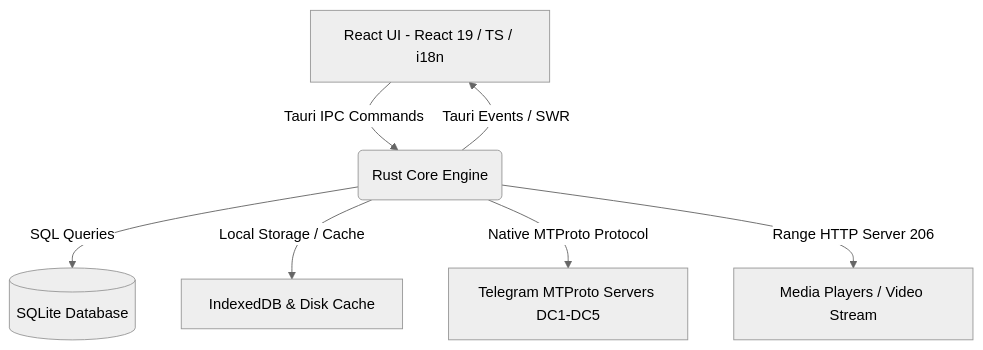
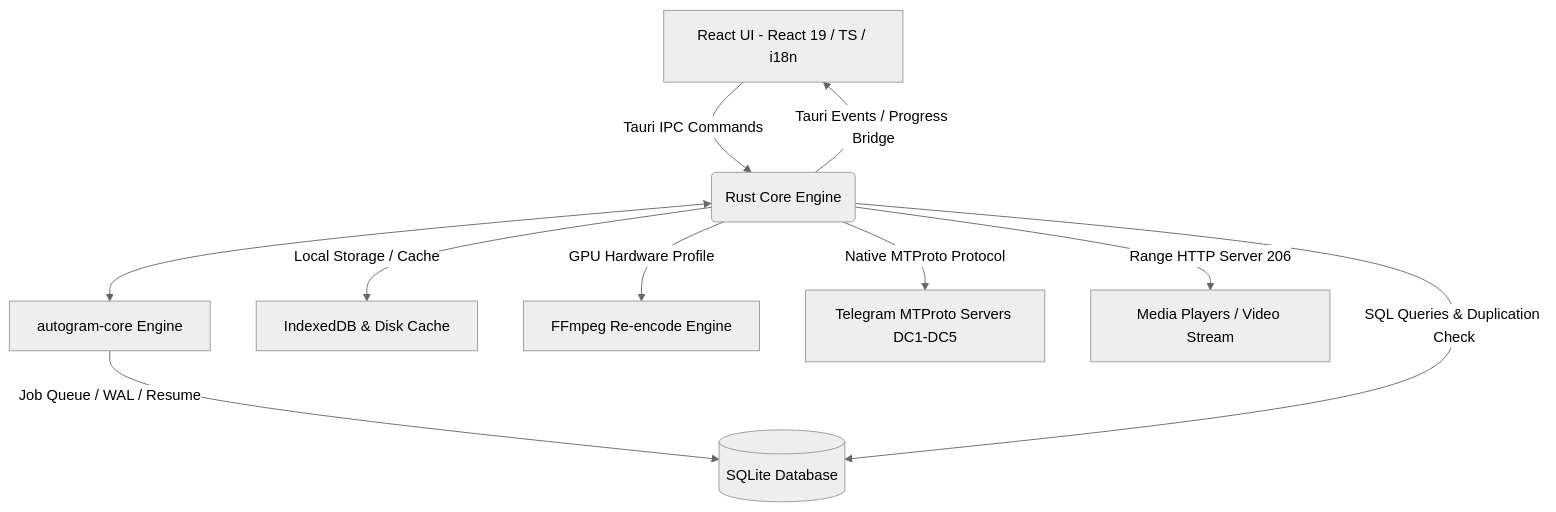
One commit to Zy0x/AutoGram changed the diagram in AutoGram App/docs/architecture/System_Component_Map.md. Above: the diagram before and after it, drawn with Mermaid (neutral theme). The commit also changed other lines of this file and 4 other files, not shown here.

Commit message:
docs(architecture): update master architecture to v2.8.7 (autogram-core, 3x3 album grid engine, GPU allocation engine, canonical media identity)

````diff
--- a/AutoGram App/docs/architecture/System_Component_Map.md
+++ b/AutoGram App/docs/architecture/System_Component_Map.md
@@ -5,9 +5,12 @@
 ```mermaid
 graph TD
     A[React UI - React 19 / TS / i18n] -->|Tauri IPC Commands| B(Rust Core Engine)
-    B -->|Tauri Events / SWR| A
-    B -->|SQL Queries| C[(SQLite Database)]
-    B -->|Local Storage / Cache| D[IndexedDB & Disk Cache]
-    B -->|Native MTProto Protocol| E[Telegram MTProto Servers DC1-DC5]
-    B -->|Range HTTP Server 206| F[Media Players / Video Stream]
+    B -->|Tauri Events / Progress Bridge| A
+    B <--> C[autogram-core Engine]
+    C -->|Job Queue / WAL / Resume| D[(SQLite Database)]
+    B -->|SQL Queries & Duplication Check| D
+    B -->|Local Storage / Cache| E[IndexedDB & Disk Cache]
+    B -->|GPU Hardware Profile| F[FFmpeg Re-encode Engine]
+    B -->|Native MTProto Protocol| G[Telegram MTProto Servers DC1-DC5]
+    B -->|Range HTTP Server 206| H[Media Players / Video Stream]
 ```
````
